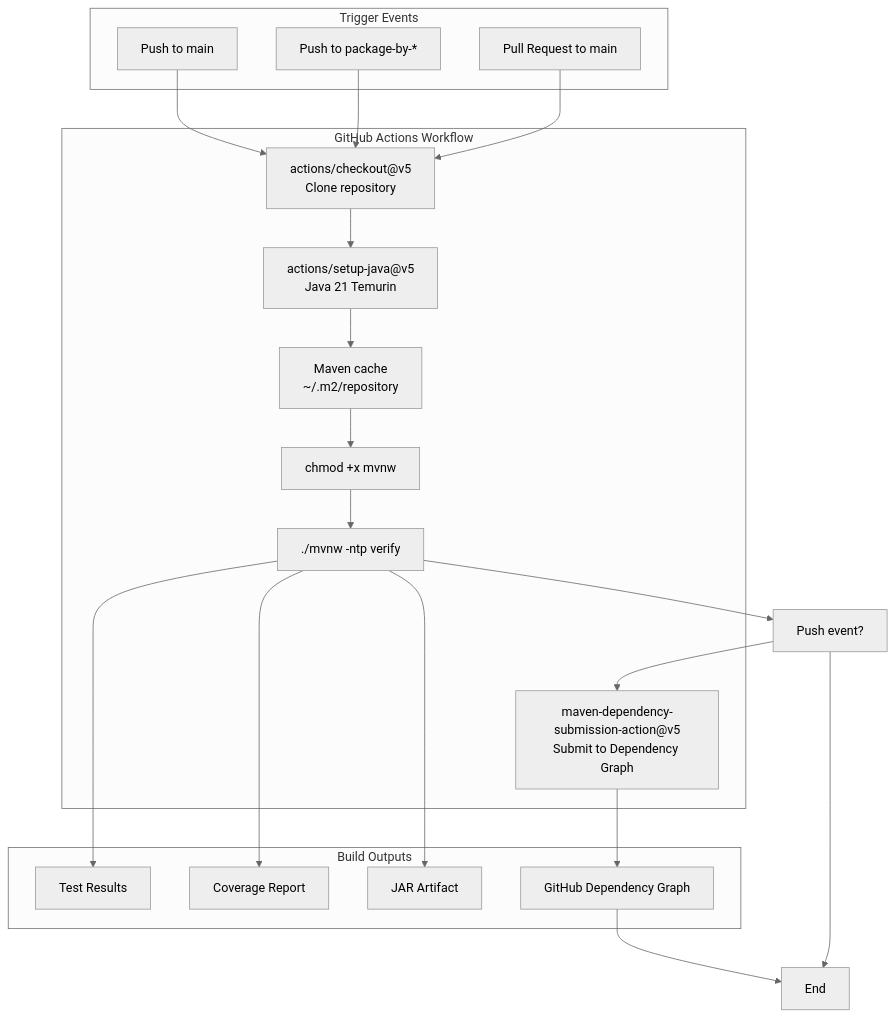
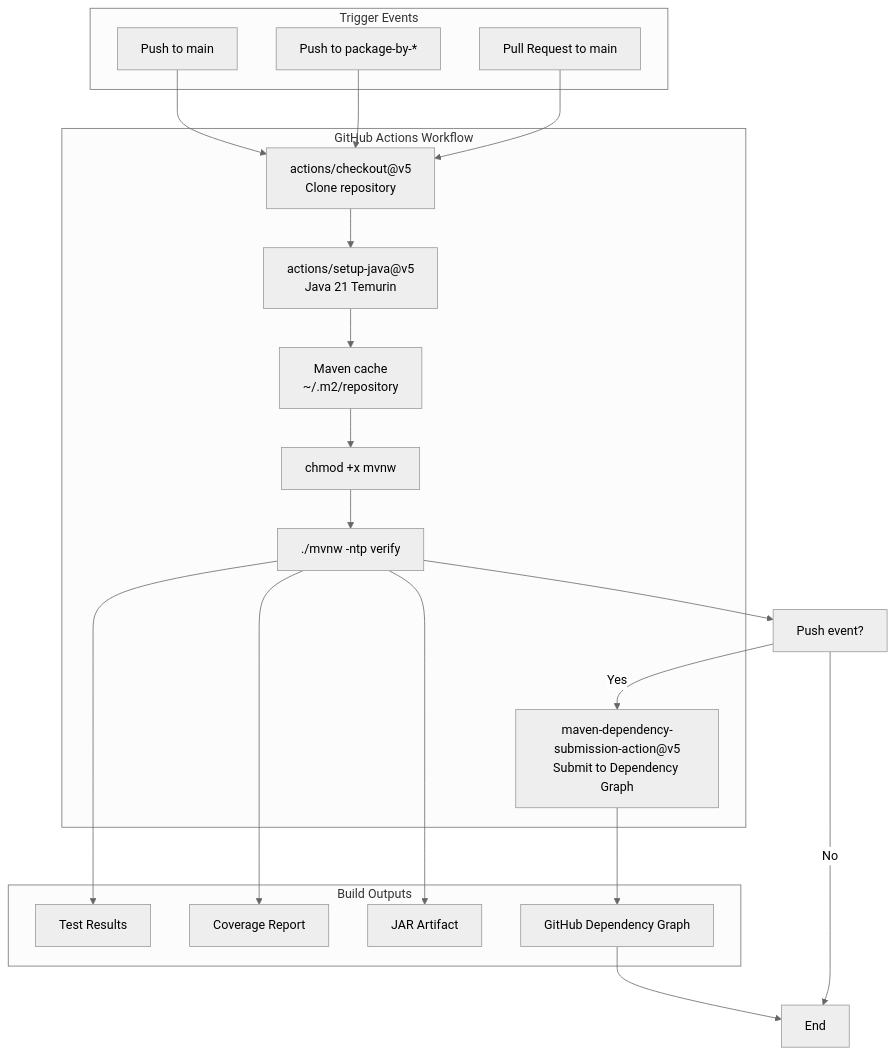
Before and after one commit to philipz/spring-modular-monolith: the fifth of 6 diagrams in docs/deepwiki/Development-Workflow-and-Build-Tasks.md, drawn with Mermaid (neutral theme). The commit also changed other lines of this file and 55 other files, not shown here.

````diff
--- a/docs/deepwiki/Development-Workflow-and-Build-Tasks.md
+++ b/docs/deepwiki/Development-Workflow-and-Build-Tasks.md
@@ -427,57 +427,57 @@
 ```mermaid
 flowchart TD
 
 PushMain["Push to main"]
 PushPkgBranch["Push to package-by-*"]
 PullRequest["Pull Request to main"]
 Checkout["actions/checkout@v5<br>Clone repository"]
 SetupJava["actions/setup-java@v5<br>Java 21 Temurin"]
 MavenCache["Maven cache<br>~/.m2/repository"]
 MakeExec["chmod +x mvnw"]
 MavenBuild["./mvnw -ntp verify"]
 DepSnapshot["maven-dependency-submission-action@v5<br>Submit to Dependency Graph"]
 TestResults["Test Results"]
 CoverageReport["Coverage Report"]
 JARFile["JAR Artifact"]
 DependencyGraph["GitHub Dependency Graph"]
 CheckPush["Push event?"]
 End["End"]
 
 PushMain --> Checkout
 PushPkgBranch --> Checkout
 PullRequest --> Checkout
 MavenBuild --> TestResults
 MavenBuild --> CoverageReport
 MavenBuild --> JARFile
 MavenBuild --> CheckPush
-CheckPush --> DepSnapshot
-CheckPush --> End
+CheckPush -->|"Yes"| DepSnapshot
+CheckPush -->|"No"| End
 DepSnapshot --> DependencyGraph
 DependencyGraph --> End
 
 subgraph subGraph2 ["Build Outputs"]
     TestResults
     CoverageReport
     JARFile
     DependencyGraph
 end
 
 subgraph subGraph1 ["GitHub Actions Workflow"]
     Checkout
     SetupJava
     MavenCache
     MakeExec
     MavenBuild
     DepSnapshot
     Checkout --> SetupJava
     SetupJava --> MavenCache
     MavenCache --> MakeExec
     MakeExec --> MavenBuild
 end
 
 subgraph subGraph0 ["Trigger Events"]
     PushMain
     PushPkgBranch
     PullRequest
 end
 ```
````
